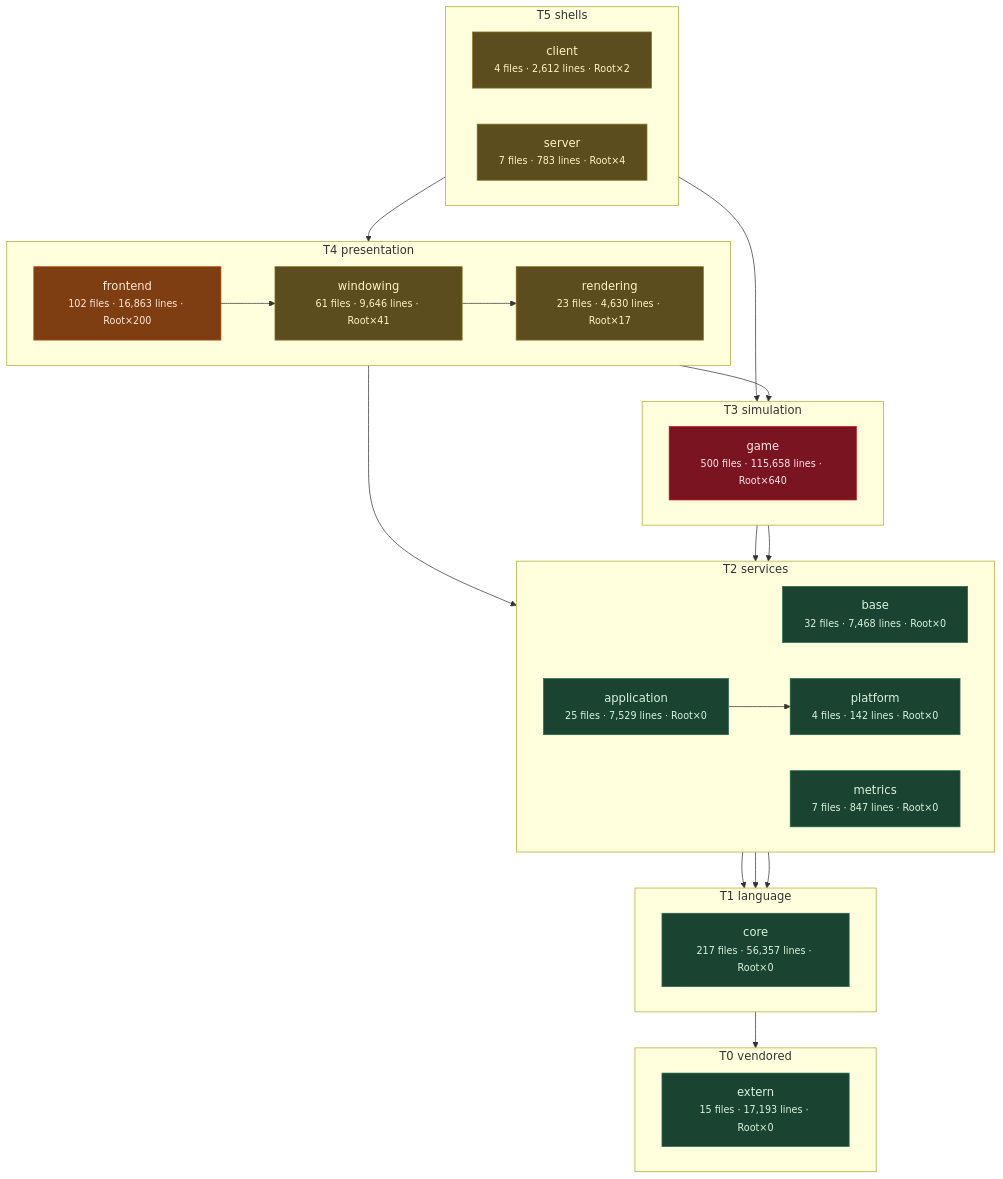
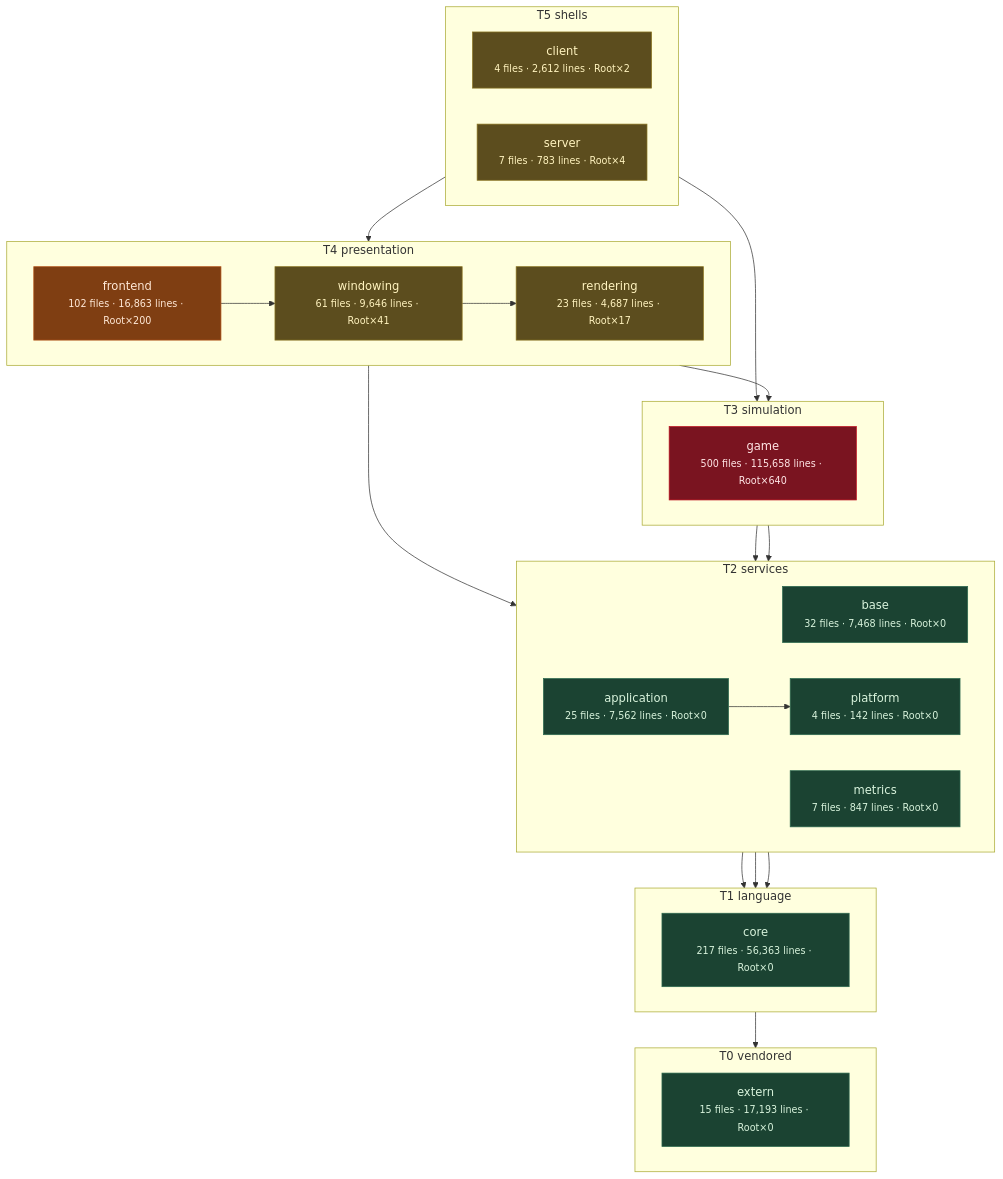
The third of 11 diagrams in docs/architecture/system-boundaries.md (apnex/OpenStarbound), drawn with Mermaid before and after one commit. The commit also changed other lines of this file and 12 other files, not shown here.

````diff
--- a/docs/architecture/system-boundaries.md
+++ b/docs/architecture/system-boundaries.md
@@ -271,54 +271,54 @@
 ```mermaid
 flowchart TD
   subgraph T0["T0 vendored"]
     direction LR
     extern["extern<br/><small>15 files · 17,193 lines · Root×0</small>"]
   end
   subgraph T1["T1 language"]
     direction LR
-    core["core<br/><small>217 files · 56,357 lines · Root×0</small>"]
+    core["core<br/><small>217 files · 56,363 lines · Root×0</small>"]
   end
   subgraph T2["T2 services"]
     direction LR
     base["base<br/><small>32 files · 7,468 lines · Root×0</small>"]
     metrics["metrics<br/><small>7 files · 847 lines · Root×0</small>"]
     platform["platform<br/><small>4 files · 142 lines · Root×0</small>"]
-    application["application<br/><small>25 files · 7,529 lines · Root×0</small>"]
+    application["application<br/><small>25 files · 7,562 lines · Root×0</small>"]
   end
   subgraph T3["T3 simulation"]
     direction LR
     game["game<br/><small>500 files · 115,658 lines · Root×640</small>"]
   end
   subgraph T4["T4 presentation"]
     direction LR
-    rendering["rendering<br/><small>23 files · 4,630 lines · Root×17</small>"]
+    rendering["rendering<br/><small>23 files · 4,687 lines · Root×17</small>"]
     windowing["windowing<br/><small>61 files · 9,646 lines · Root×41</small>"]
     frontend["frontend<br/><small>102 files · 16,863 lines · Root×200</small>"]
   end
   subgraph T5["T5 shells"]
     direction LR
     client["client<br/><small>4 files · 2,612 lines · Root×2</small>"]
     server["server<br/><small>7 files · 783 lines · Root×4</small>"]
   end
   core --> extern
   base --> core
   metrics --> core
   platform --> core
   application --> platform
   game --> base
   game --> platform
   rendering --> application
   rendering --> game
   windowing --> rendering
   frontend --> windowing
   client --> frontend
   server --> game
   classDef clean fill:#1b4332,stroke:#2d6a4f,color:#d8f3dc
   classDef warm  fill:#5c4d1e,stroke:#8a7420,color:#fff3bf
   classDef hot   fill:#7f3e12,stroke:#b5561b,color:#ffe8d6
   classDef blaze fill:#7a1420,stroke:#c1121f,color:#ffe5e5
   class extern,core,base,metrics,platform,application clean
   class rendering,windowing,client,server warm
   class frontend hot
   class game blaze
 ```
````
